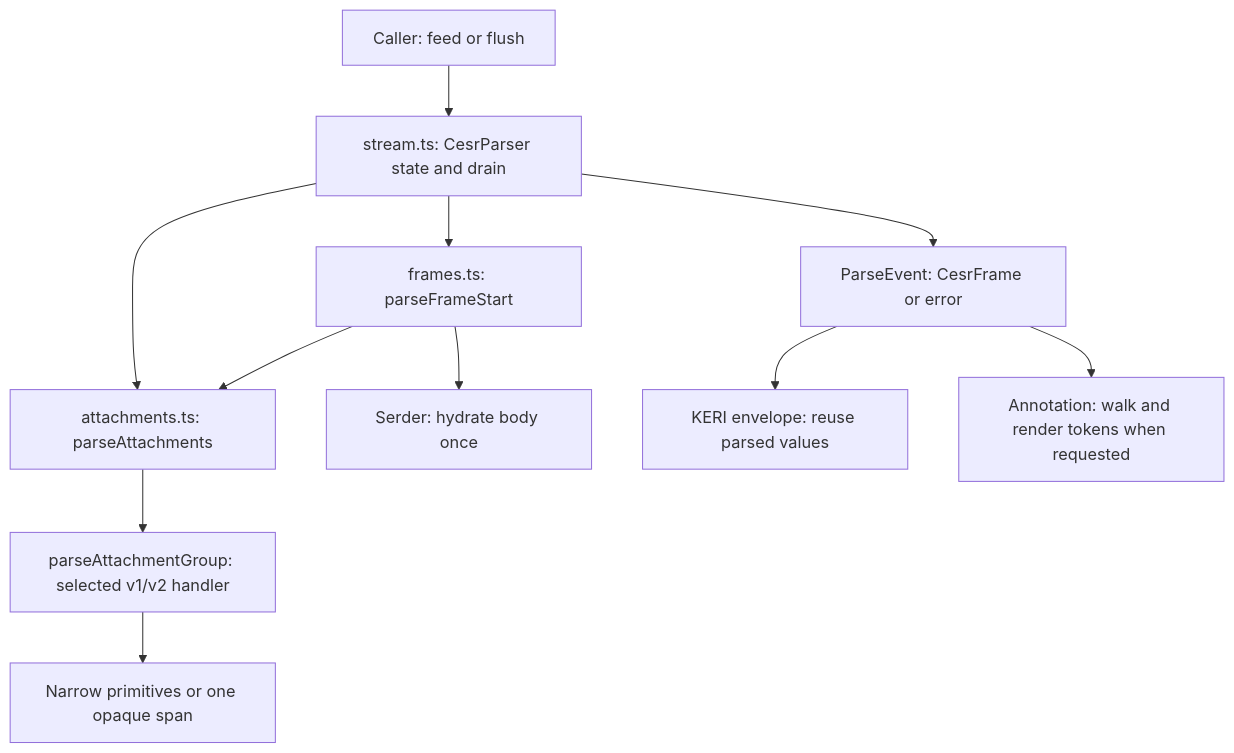
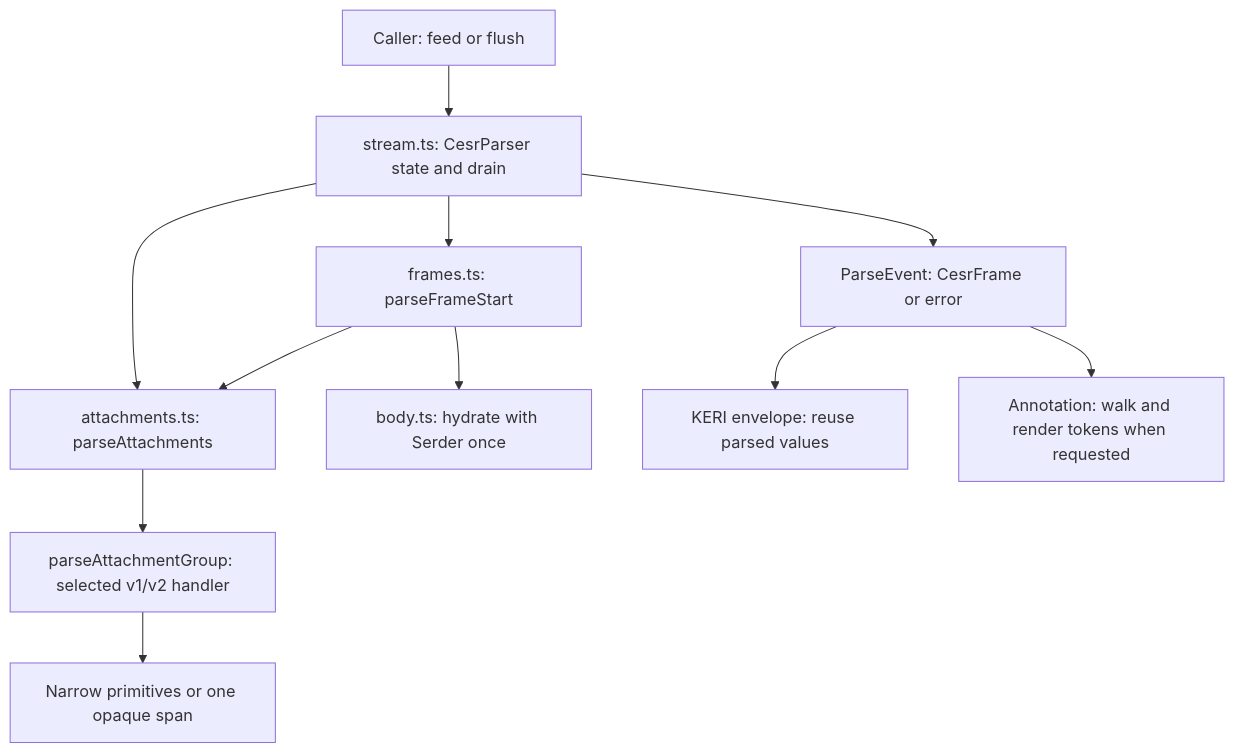
One commit to kentbull/keri-ts changed the first of 2 diagrams in docs/design-docs/cesr/CESR_ATOMIC_BOUNDED_PARSER_ARCHITECTURE.md. Above: the diagram before and after it, drawn with Mermaid. The commit also changed 37 other files, not shown here.

````diff
--- a/docs/design-docs/cesr/CESR_ATOMIC_BOUNDED_PARSER_ARCHITECTURE.md
+++ b/docs/design-docs/cesr/CESR_ATOMIC_BOUNDED_PARSER_ARCHITECTURE.md
@@ -16,13 +16,13 @@
 ```mermaid
 flowchart TD
     C["Caller: feed or flush"] --> S["stream.ts: CesrParser state and drain"]
     S --> F["frames.ts: parseFrameStart"]
     S --> A["attachments.ts: parseAttachments"]
     F --> A
-    F --> B["Serder: hydrate body once"]
+    F --> B["body.ts: hydrate with Serder once"]
     A --> G["parseAttachmentGroup: selected v1/v2 handler"]
     G --> P["Narrow primitives or one opaque span"]
     S --> E["ParseEvent: CesrFrame or error"]
     E --> K["KERI envelope: reuse parsed values"]
     E --> R["Annotation: walk and render tokens when requested"]
 ```
````
